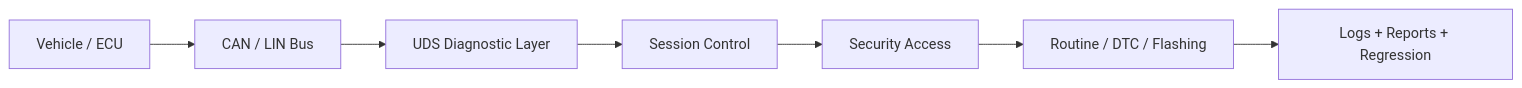
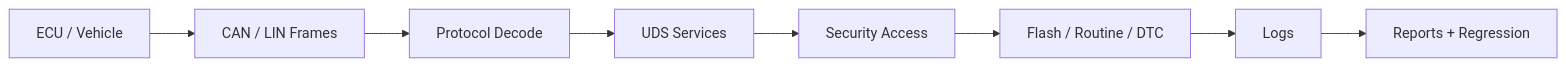
Before and after one commit to LoveWonYoung/LoveWonYoung: the diagram in README.md, drawn with Mermaid. The commit also changed other lines of this file, not shown here.

````diff
--- a/README.md
+++ b/README.md
@@ -97,9 +116,10 @@
 ```mermaid
 flowchart LR
-    A["Vehicle / ECU"] --> B["CAN / LIN Bus"]
-    B --> C["UDS Diagnostic Layer"]
-    C --> D["Session Control"]
+    A["ECU / Vehicle"] --> B["CAN / LIN Frames"]
+    B --> C["Protocol Decode"]
+    C --> D["UDS Services"]
     D --> E["Security Access"]
-    E --> F["Routine / DTC / Flashing"]
-    F --> G["Logs + Reports + Regression"]
+    E --> F["Flash / Routine / DTC"]
+    F --> G["Logs"]
+    G --> H["Reports + Regression"]
 ```
````
